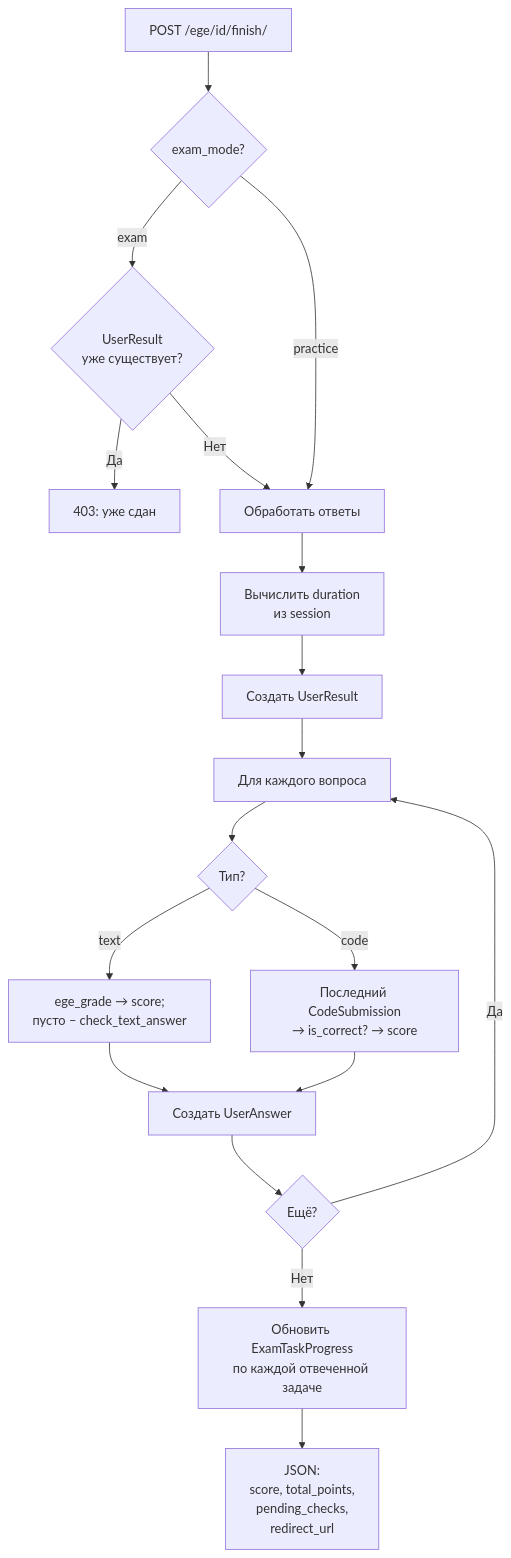
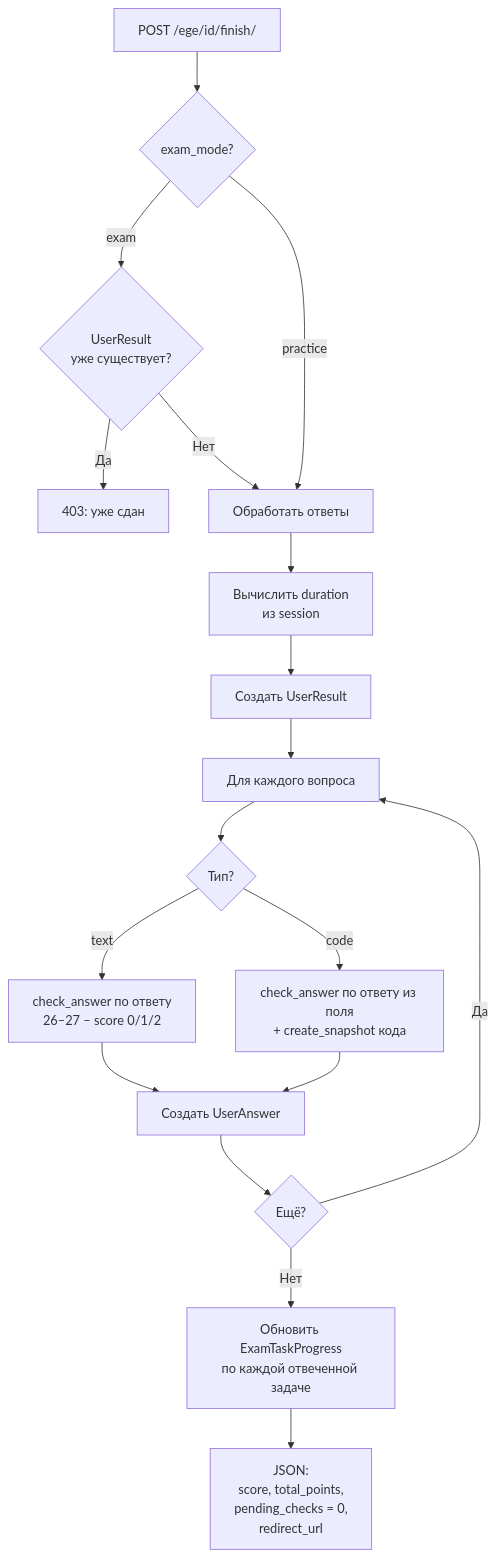
One commit to Kirill2517nv/SiteAboutMe changed the fifth of 9 diagrams in docs/flows/ege-trainer.md. Above: the diagram before and after it, drawn with Mermaid. The commit also changed other lines of this file and 31 other files, not shown here.

````diff
--- a/docs/flows/ege-trainer.md
+++ b/docs/flows/ege-trainer.md
@@ -170,25 +178,25 @@
 ```mermaid
 flowchart TD
     FINISH["POST /ege/id/finish/"] --> EXAM_MODE{exam_mode?}
 
     EXAM_MODE -->|exam| EXISTS{UserResult\nуже существует?}
     EXISTS -->|Да| DENY[403: уже сдан]
     EXISTS -->|Нет| PROCESS
 
     EXAM_MODE -->|practice| PROCESS[Обработать ответы]
 
     PROCESS --> DURATION[Вычислить duration\nиз session]
     DURATION --> RESULT[Создать UserResult]
     RESULT --> LOOP[Для каждого вопроса]
 
     LOOP --> QTYPE{Тип?}
-    QTYPE -->|text| CHECK_TEXT[ege_grade → score;\nпусто – check_text_answer]
-    QTYPE -->|code| CHECK_CODE[Последний CodeSubmission\n→ is_correct? → score]
+    QTYPE -->|text| CHECK_TEXT["check_answer по ответу\n26–27 – score 0/1/2"]
+    QTYPE -->|code| CHECK_CODE["check_answer по ответу из поля\n+ create_snapshot кода"]
 
     CHECK_TEXT --> ANSWER[Создать UserAnswer]
     CHECK_CODE --> ANSWER
     ANSWER --> NEXT{Ещё?}
     NEXT -->|Да| LOOP
     NEXT -->|Нет| UPDATE_PROGRESS[Обновить ExamTaskProgress\nпо каждой отвеченной задаче]
-    UPDATE_PROGRESS --> RESPONSE["JSON:\nscore, total_points,\npending_checks,\nredirect_url"]
+    UPDATE_PROGRESS --> RESPONSE["JSON:\nscore, total_points,\npending_checks = 0,\nredirect_url"]
 ```
````
